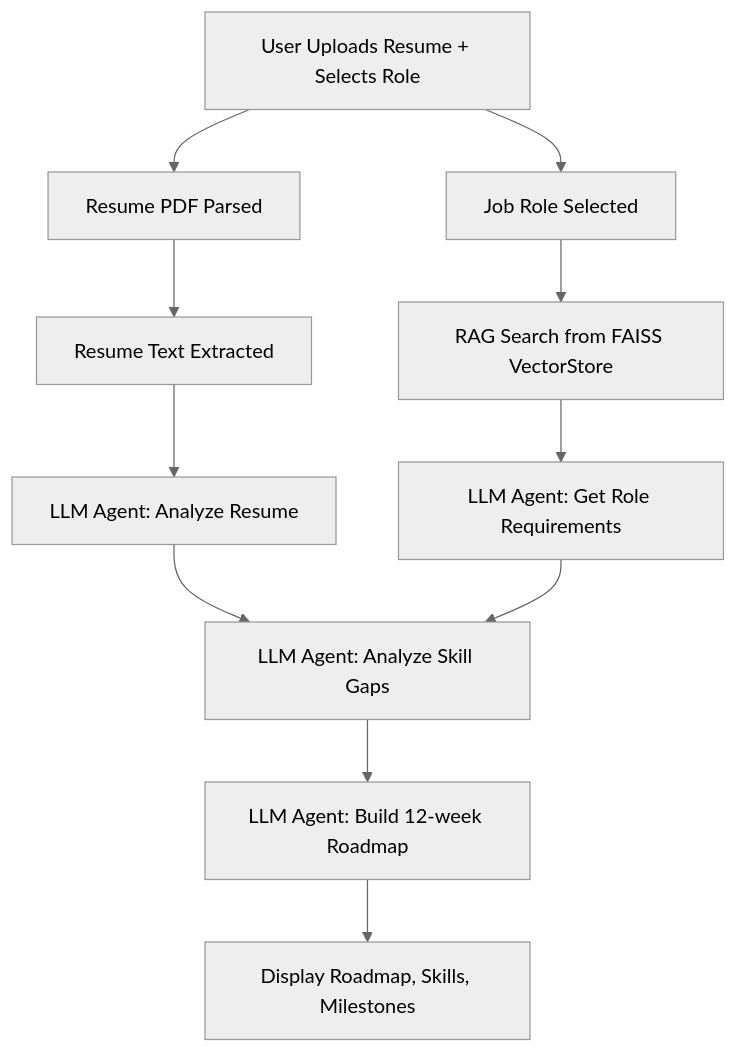
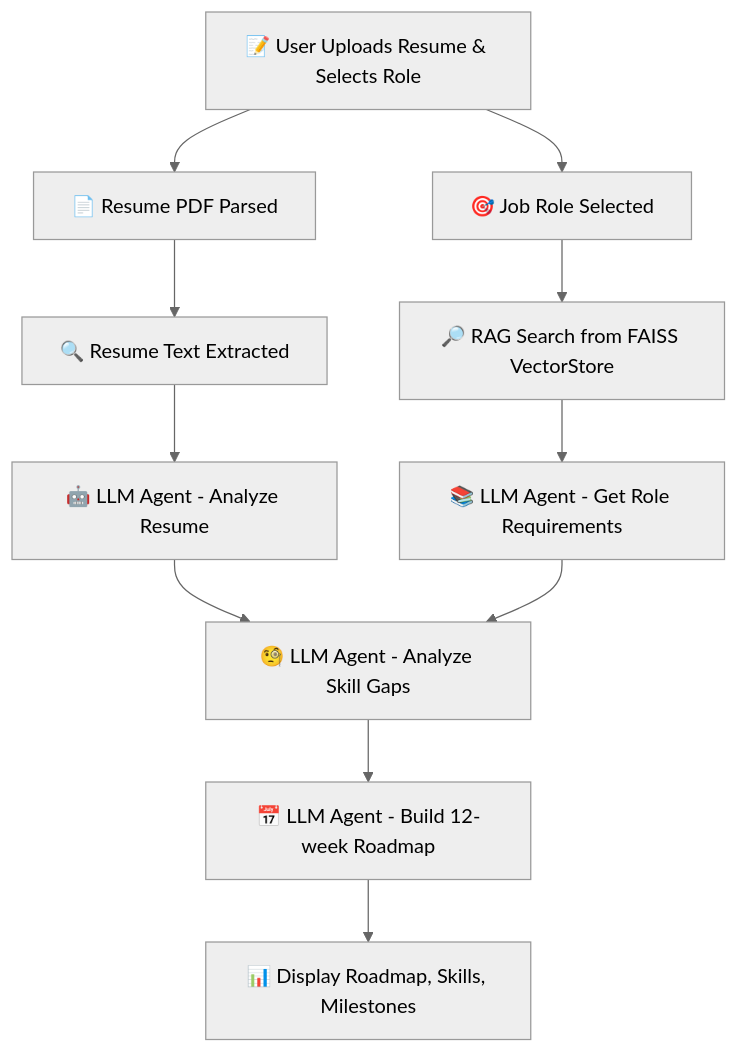
The diagram in Day 9/Readme.md (nithishkumarr27/Agentic_AI_Workshop), drawn with Mermaid (neutral theme) before and after one commit. The commit also changed other lines of this file, not shown here.

Commit message:
changed the flow

````diff
--- a/Day 9/Readme.md
+++ b/Day 9/Readme.md
@@ -33,13 +33,13 @@
 ```mermaid
 flowchart TD
-    A[User Uploads Resume + Selects Role] --> B[Resume PDF Parsed]
-    B --> C[Resume Text Extracted]
-    C --> D[LLM Agent: Analyze Resume]
-    A --> E[Job Role Selected]
-    E --> F[RAG Search from FAISS VectorStore]
-    F --> G[LLM Agent: Get Role Requirements]
-    D --> H[LLM Agent: Analyze Skill Gaps]
+    A["📝 User Uploads Resume & Selects Role"] --> B["📄 Resume PDF Parsed"]
+    B --> C["🔍 Resume Text Extracted"]
+    C --> D["🤖 LLM Agent - Analyze Resume"]
+    A --> E["🎯 Job Role Selected"]
+    E --> F["🔎 RAG Search from FAISS VectorStore"]
+    F --> G["📚 LLM Agent - Get Role Requirements"]
+    D --> H["🧐 LLM Agent - Analyze Skill Gaps"]
     G --> H
-    H --> I[LLM Agent: Build 12-week Roadmap]
-    I --> J[Display Roadmap, Skills, Milestones]
+    H --> I["📅 LLM Agent - Build 12-week Roadmap"]
+    I --> J["📊 Display Roadmap, Skills, Milestones"]
 ```
````
